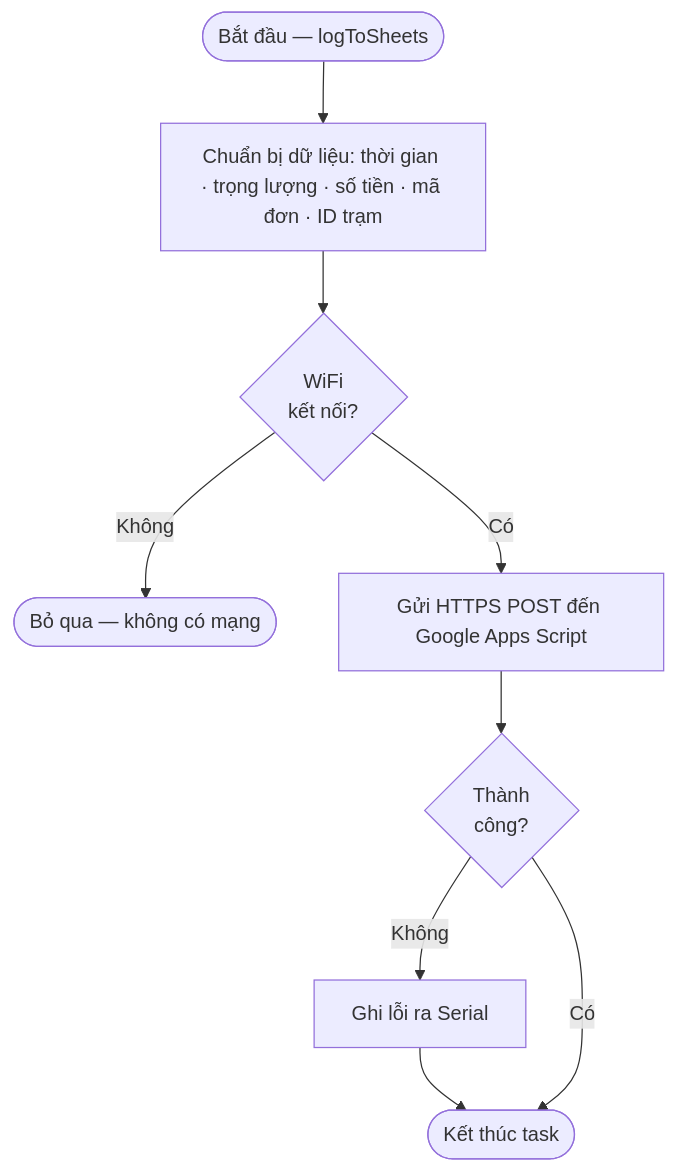
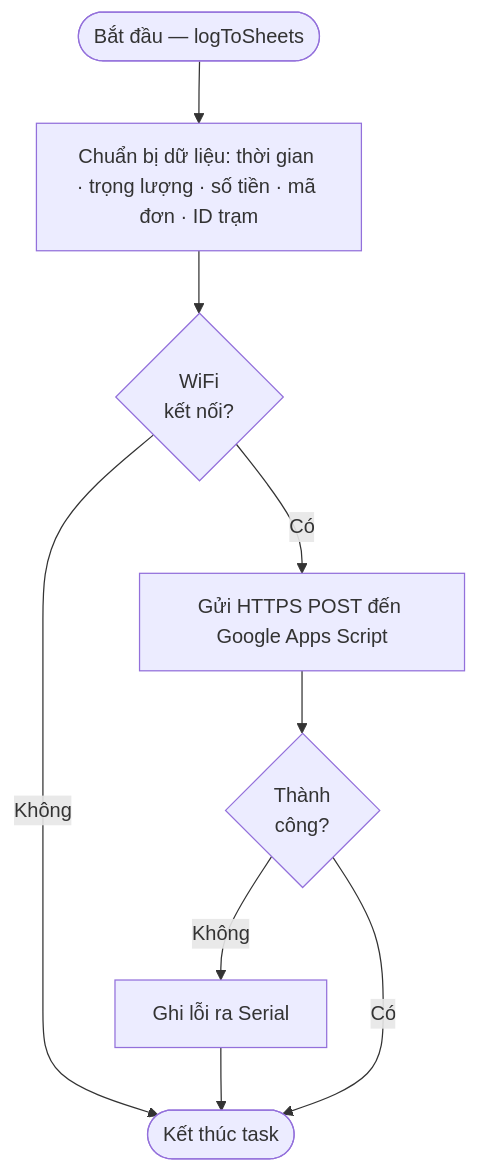
One commit to kimthanh2301/hihi changed the third of 3 diagrams in hi.md. Above: the diagram before and after it, drawn with Mermaid. The commit also changed other lines of this file, not shown here.

First line of the commit message:
Revise algorithm flowcharts and descriptions in hi.md

````diff
--- a/hi.md
+++ b/hi.md
@@ -90,17 +90,16 @@
 ```mermaid
 flowchart TD
     S([Bắt đầu — logToSheets])
     A[Chuẩn bị dữ liệu: thời gian · trọng lượng · số tiền · mã đơn · ID trạm]
     B{WiFi\nkết nối?}
-    C([Bỏ qua — không có mạng])
     D[Gửi HTTPS POST đến Google Apps Script]
     E{Thành\ncông?}
     F[Ghi lỗi ra Serial]
     END([Kết thúc task])
 
     S --> A --> B
-    B -- Không --> C
+    B -- Không --> END
     B -- Có --> D --> E
     E -- Không --> F --> END
     E -- Có --> END
 ```
````
